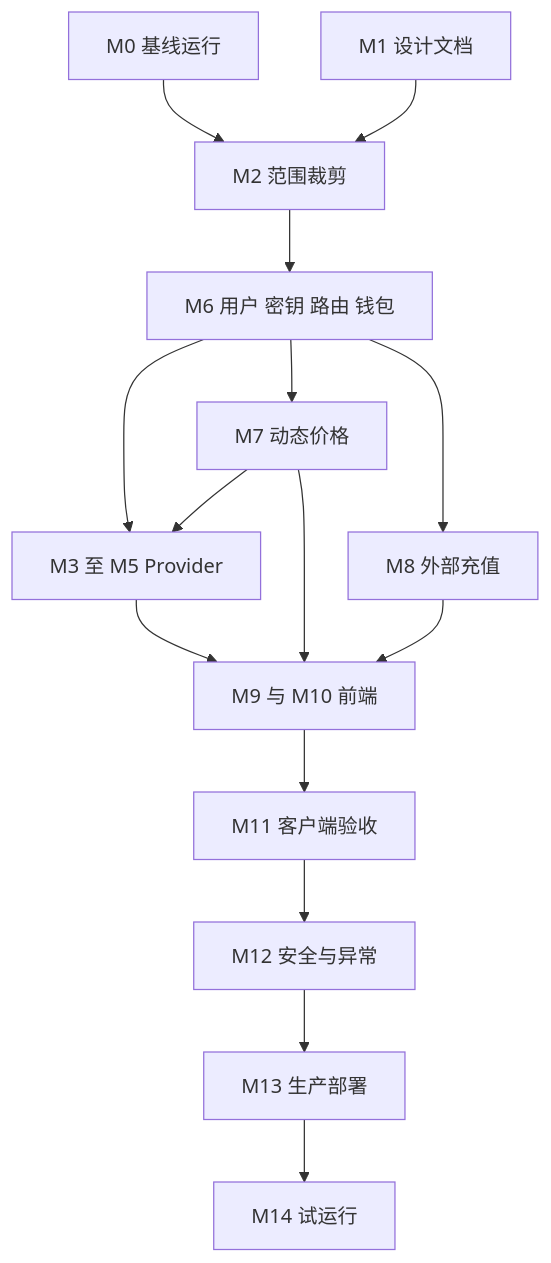
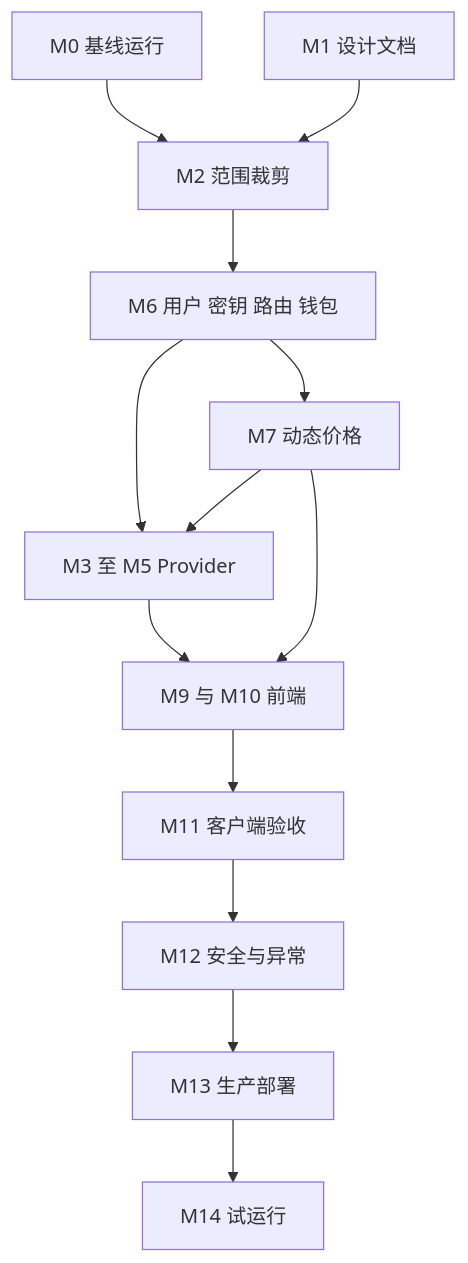
One commit to lanora-tree/sub2api changed the diagram in task_plan.md. Above: the diagram before and after it, drawn with Mermaid. The commit also changed other lines of this file and 79 other files, not shown here.

````diff
--- a/task_plan.md
+++ b/task_plan.md
@@ -313,17 +318,15 @@
 ```mermaid
 flowchart TD
     M0[M0 基线运行] --> M2[M2 范围裁剪]
     M1[M1 设计文档] --> M2
     M2 --> M6[M6 用户 密钥 路由 钱包]
     M6 --> M7[M7 动态价格]
-    M6 --> M8[M8 外部充值]
     M6 --> P[M3 至 M5 Provider]
     M7 --> P
     P --> UI[M9 与 M10 前端]
     M7 --> UI
-    M8 --> UI
     UI --> M11[M11 客户端验收]
     M11 --> M12[M12 安全与异常]
     M12 --> M13[M13 生产部署]
     M13 --> M14[M14 试运行]
 ```
````
